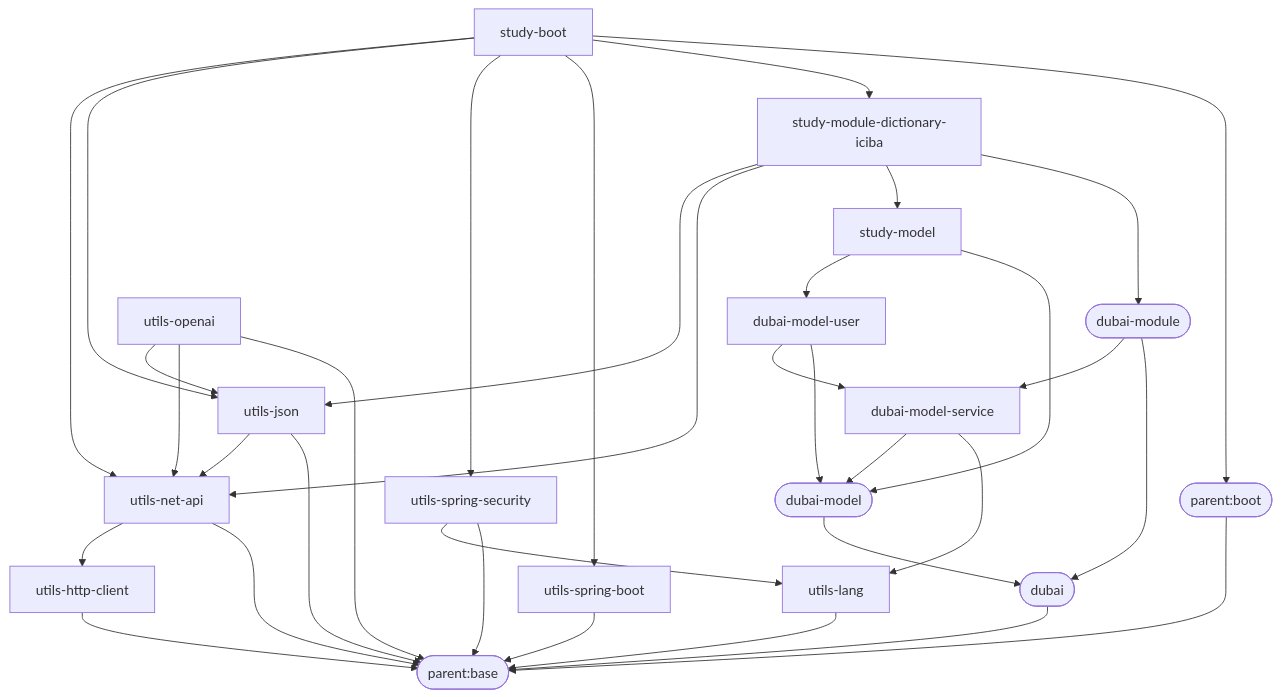
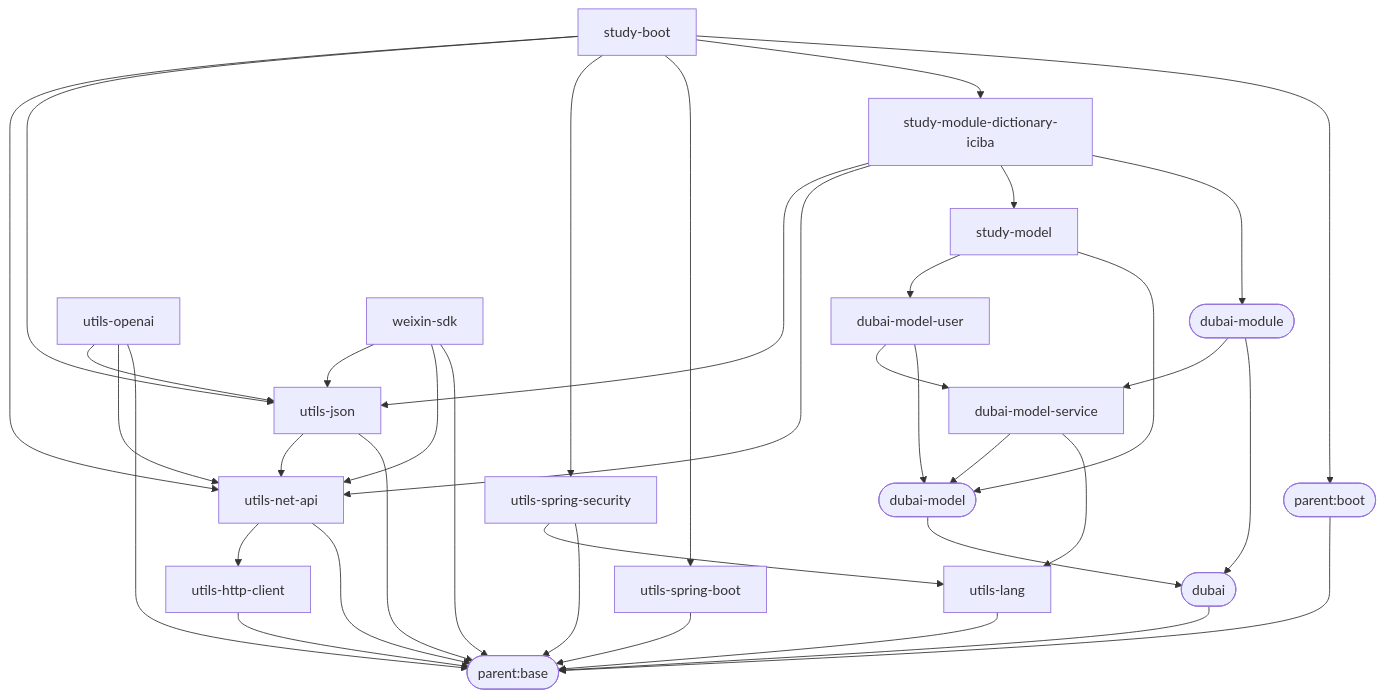
Before and after one commit to dbstarll/dbstarll.github.io: the diagram in README.md, drawn with Mermaid. The commit also changed other lines of this file, not shown here.

Commit message:
增加weixin-sdk

````diff
--- a/README.md
+++ b/README.md
@@ -19,49 +20,53 @@
 ```mermaid
 graph TD;
     parent.base([parent:base]);
     parent.boot([parent:boot])--->parent.base;
 
     utils-lang-->parent.base;
 
     utils-spring-boot-->parent.base;
 
     utils-spring-security-->parent.base;
     utils-spring-security-->utils-lang;
 
     utils-http-client-->parent.base;
 
     utils-net-api-->parent.base;
     utils-net-api-->utils-http-client;
 
     utils-json-->parent.base;
     utils-json-->utils-net-api;
 
     dubai([dubai])-->parent.base;
     dubai-model([dubai-model])-->dubai;
     dubai-model-service-->utils-lang;
     dubai-model-service-->dubai-model;
     dubai-module([dubai-module])-->dubai;
     dubai-module-->dubai-model-service;
     
     dubai-model-user-->dubai-model;
     dubai-model-user-->dubai-model-service;
 
     study-module-dictionary-iciba-->dubai-module;
     study-module-dictionary-iciba-->study-model;
     study-module-dictionary-iciba-->utils-net-api;
     study-module-dictionary-iciba-->utils-json;
 
     study-model-->dubai-model;
     study-model-->dubai-model-user;
 
     study-boot-->parent.boot;
     study-boot-->study-module-dictionary-iciba;
     study-boot-->utils-spring-boot;
     study-boot-->utils-spring-security;
     study-boot-->utils-json;
     study-boot-->utils-net-api;
 
     utils-openai-->parent.base;
     utils-openai-->utils-net-api;
     utils-openai-->utils-json;
+
+    weixin-sdk-->parent.base;
+    weixin-sdk-->utils-net-api;
+    weixin-sdk-->utils-json;
 ```
````
